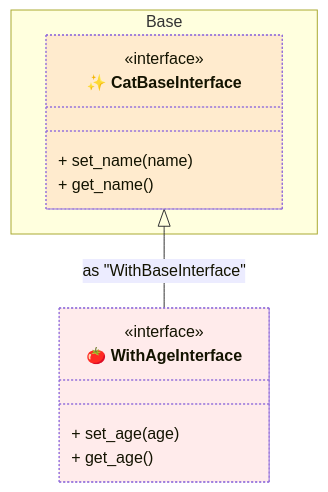
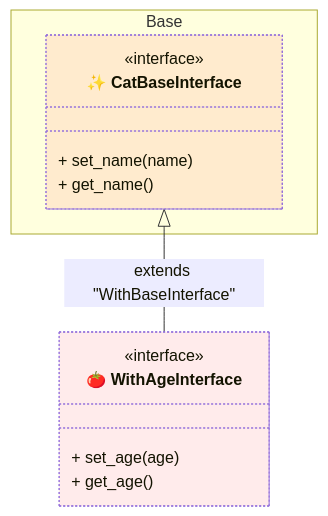
One commit to thecodecrate/python-pipeline changed the sixth of 12 diagrams in tests/spec-001--class-composition-with-partial-classes.md. Above: the diagram before and after it, drawn with Mermaid. The commit also changed other lines of this file, not shown here.

````diff
--- a/tests/spec-001--class-composition-with-partial-classes.md
+++ b/tests/spec-001--class-composition-with-partial-classes.md
@@ -279,28 +279,28 @@
 ```mermaid
 classDiagram
     namespace Base {
         class Interface1["✨ CatBaseInterface"] {
             <<interface>>
             + set_name(name)
             + get_name()
         }
     }
 
     class Interface2["🍅 WithAgeInterface"] {
         <<interface>>
         + set_age(age)
         + get_age()
     }
 
     %% Relationships
-    Interface1 <|-- Interface2 : as "WithBaseInterface"
+    Interface1 <|-- Interface2 : extends "WithBaseInterface"
 
     %% Apply Styles
     style Base fill:#ffff6020, stroke-dasharray: 5 5
     style Composed bugfix:#111, stroke-width:2px, font-weight: bold
     style Partial1 bugfix:#111, stroke-dasharray: 5 5
     style Partial2 bugfix:#111, stroke-dasharray: 5 5
     style Partial3 bugfix:#111, stroke-dasharray: 5 5
     style Interface1 fill:#ff606020, stroke-dasharray: 2 2
     style Interface2 fill:#ff606020, stroke-dasharray: 2 2
 ```
````
